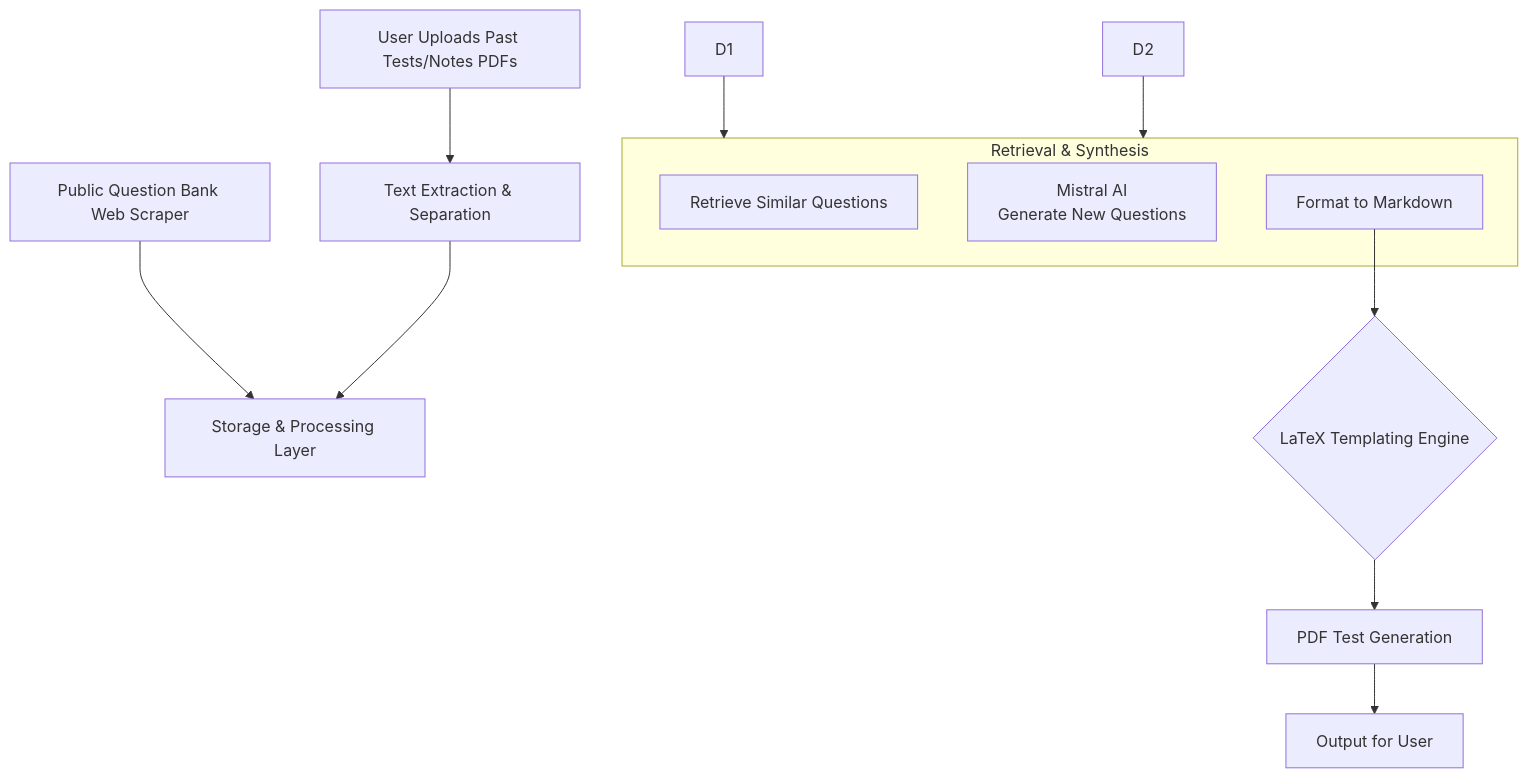
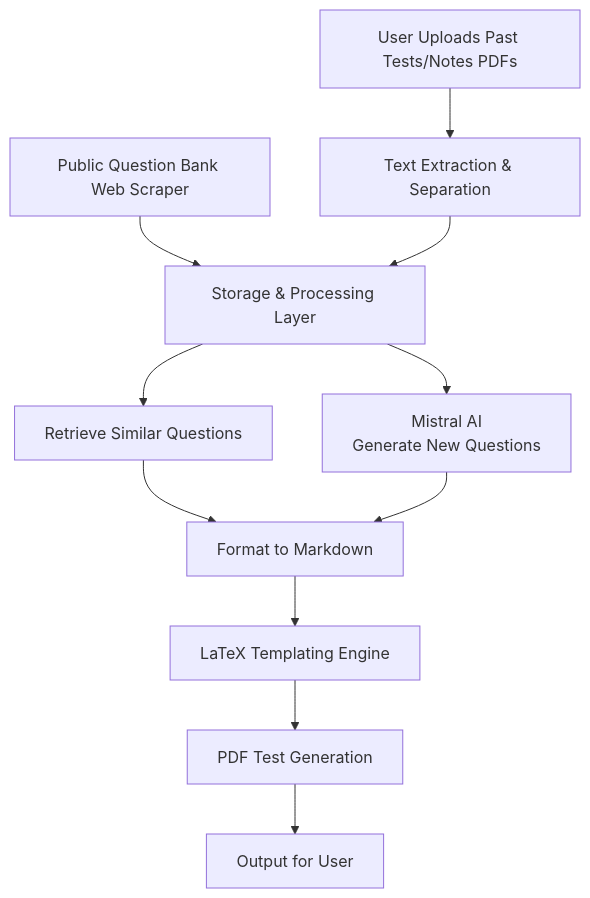
One commit to NadimMussaDaud/MistralAIExamsGenerationApp changed the diagram in README.md. Above: the diagram before and after it, drawn with Mermaid.

Commit message:
Revise retrieval and synthesis flow in README
Updated flow diagram in README to reflect changes in retrieval and synthesis process.

````diff
--- a/README.md
+++ b/README.md
@@ -17,19 +17,15 @@
 ```mermaid
 flowchart TD
     A[User Uploads Past Tests/Notes PDFs] --> B[Text Extraction & Separation]
     C[Public Question Bank Web Scraper] --> D[Storage & Processing Layer]
     B --> D
 
-    D1 --> E[Retrieval & Synthesis]
-    D2 --> E
+    D --> E1[Retrieve Similar Questions]
+    D --> E2[Mistral AI<br>Generate New Questions]
+    E1 --> E3[Format to Markdown]
+    E2 --> E3
 
-    subgraph E [Retrieval & Synthesis]
-        E1[Retrieve Similar Questions]
-        E2[Mistral AI<br>Generate New Questions]
-        E3[Format to Markdown]
-    end
-
-    E3 --> F{LaTeX Templating Engine}
+    E3 --> F[LaTeX Templating Engine]
     F --> G[PDF Test Generation]
     G --> H[Output for User]
 ```
````
